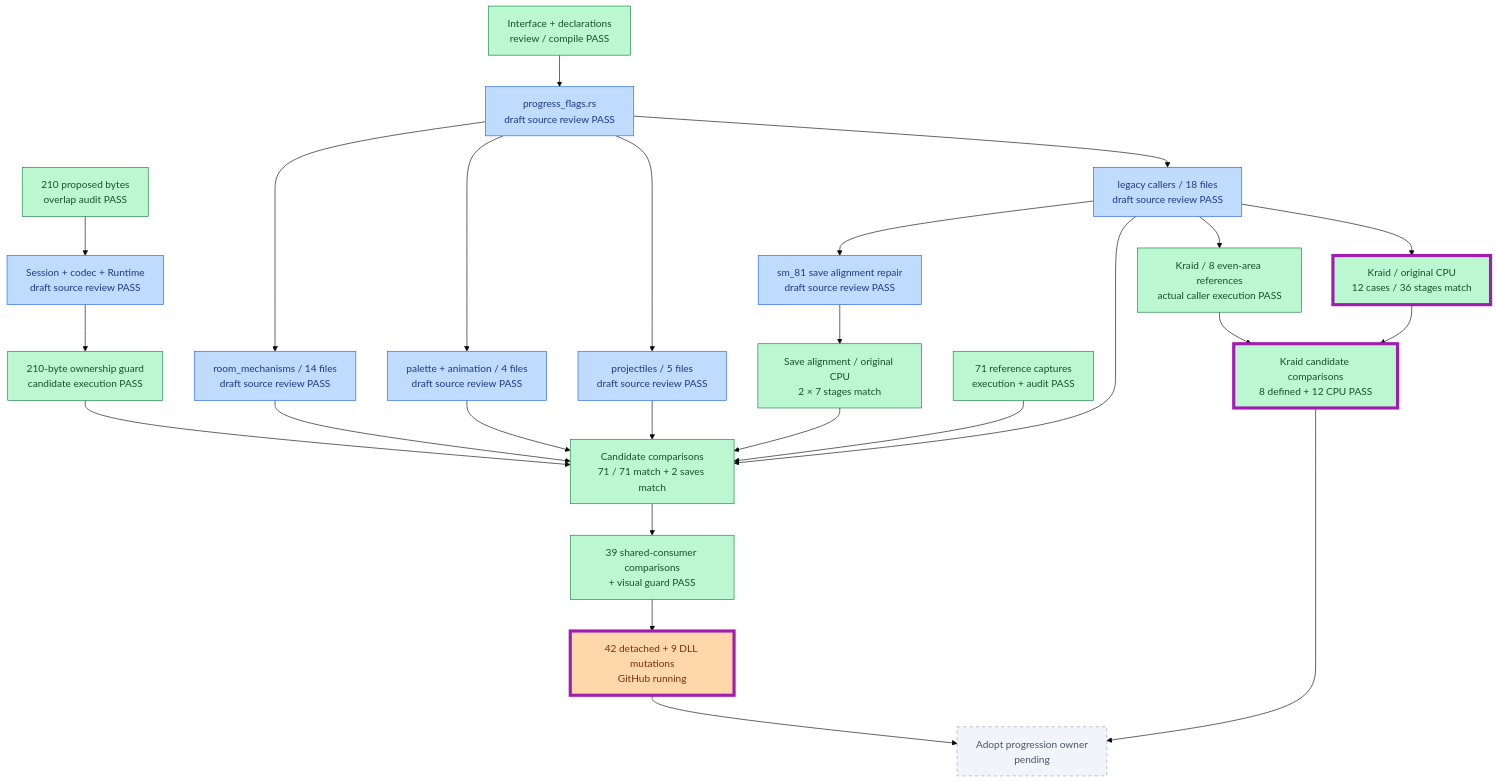
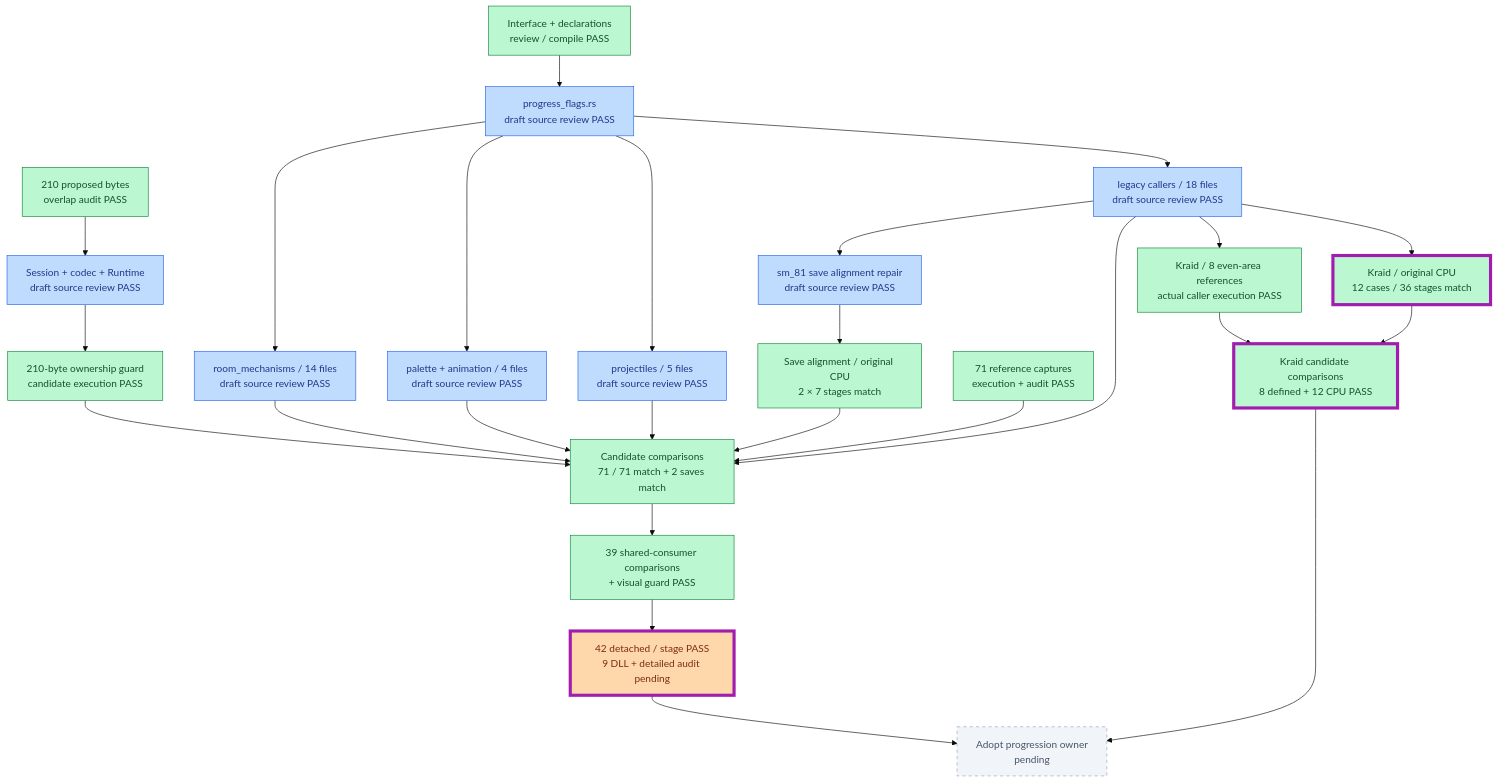
The second of 19 diagrams in PROGRESS.md (JimLundin/sm-decomp), drawn with Mermaid (base theme) before and after one commit. The commit also changed other lines of this file and 1 other file, not shown here.

First line of the commit message:
Record passing detached flags mutation stage [skip ci]

````diff
--- a/PROGRESS.md
+++ b/PROGRESS.md
@@ -26,35 +26,35 @@
 ```mermaid
 flowchart TB
     FCONTRACT["Interface + declarations<br/>review / compile PASS"]:::done
     FUNION["210 proposed bytes<br/>overlap audit PASS"]:::done
     FCONTRACT --> FCORE["progress_flags.rs<br/>draft source review PASS"]:::draft
     FUNION --> FCODEC["Session + codec + Runtime<br/>draft source review PASS"]:::draft
     FCORE --> FPLM["room_mechanisms / 14 files<br/>draft source review PASS"]:::draft
     FCORE --> FVIS["palette + animation / 4 files<br/>draft source review PASS"]:::draft
     FCORE --> FEPR["projectiles / 5 files<br/>draft source review PASS"]:::draft
     FCORE --> FLEG["legacy callers / 18 files<br/>draft source review PASS"]:::draft
     FLEG --> FSAVE["sm_81 save alignment repair<br/>draft source review PASS"]:::draft
     FSAVE --> FCPU["Save alignment / original CPU<br/>2 × 7 stages match"]:::done
     FCODEC --> FGUARD["210-byte ownership guard<br/>candidate execution PASS"]:::done
     FBASE["71 reference captures<br/>execution + audit PASS"]:::done --> FCHECK["Candidate comparisons<br/>71 / 71 match + 2 saves match"]:::done
     FPLM --> FCHECK
     FVIS --> FCHECK
     FEPR --> FCHECK
     FLEG --> FCHECK
     FCPU --> FCHECK
     FGUARD --> FCHECK
     FCHECK --> FSHARED["39 shared-consumer comparisons<br/>+ visual guard PASS"]:::done
     FLEG --> FKEVEN["Kraid / 8 even-area references<br/>actual caller execution PASS"]:::done
     FLEG --> FKODD["Kraid / original CPU<br/>12 cases / 36 stages match"]:::done
-    FSHARED --> FMUT["42 detached + 9 DLL mutations<br/>GitHub running"]:::active
+    FSHARED --> FMUT["42 detached / stage PASS<br/>9 DLL + detailed audit pending"]:::active
     FKEVEN --> FKCOMPARE["Kraid candidate comparisons<br/>8 defined + 12 CPU PASS"]:::done
     FKODD --> FKCOMPARE
     FKCOMPARE --> FADOPT
     FMUT --> FADOPT["Adopt progression owner<br/>pending"]:::pending
     class FKODD,FKCOMPARE,FMUT changed
     classDef done fill:#bbf7d0,stroke:#15803d,color:#14532d
     classDef draft fill:#bfdbfe,stroke:#2563eb,color:#1e3a8a
     classDef active fill:#fed7aa,stroke:#ea580c,color:#7c2d12
     classDef pending fill:#f1f5f9,stroke:#94a3b8,color:#475569,stroke-dasharray:5 5
     classDef changed stroke:#a21caf,stroke-width:5px
 ```
````
